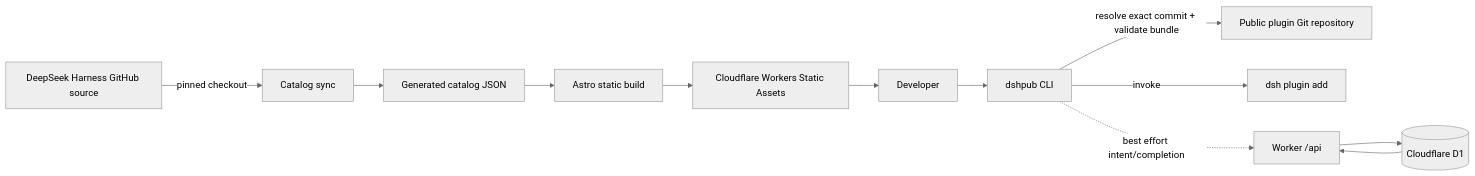
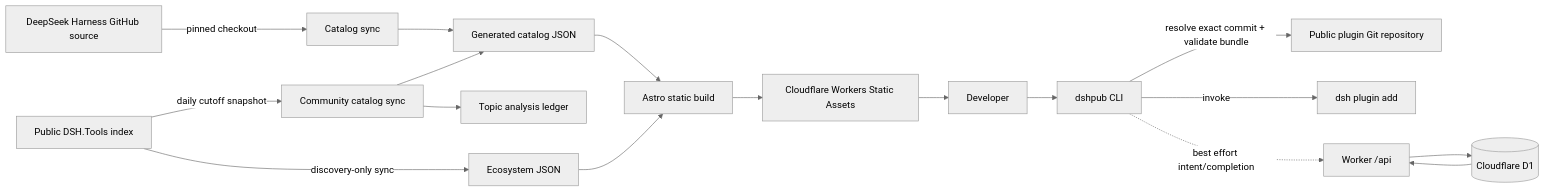
One commit to dsh-pub/dsh-pub changed the first of 2 diagrams in docs/architecture.md. Above: the diagram before and after it, drawn with Mermaid (neutral theme). The commit also changed other lines of this file and 21 other files, not shown here.

Commit message:
feat: add ecosystem discovery experience

````diff
--- a/docs/architecture.md
+++ b/docs/architecture.md
@@ -5,14 +5,19 @@
 ```mermaid
 flowchart LR
     H[DeepSeek Harness GitHub source] -->|pinned checkout| S[Catalog sync]
     S --> J[Generated catalog JSON]
+    T[GitHub dsh-plugin Topic] -->|daily cutoff snapshot| CSync[Community catalog sync]
+    CSync --> J
+    CSync --> TA[Topic analysis ledger]
+    T[Public DSH.Tools index] -->|discovery-only sync| E[Ecosystem JSON]
     J --> A[Astro static build]
+    E --> A
     A --> W[Cloudflare Workers Static Assets]
     U[Developer] --> C[dshpub CLI]
     C -->|resolve exact commit + validate bundle| G[Public plugin Git repository]
     C -->|invoke| D[dsh plugin add]
     C -. best effort intent/completion .-> API[Worker /api]
     API --> DB[(Cloudflare D1)]
     W --> U
     DB --> API
 ```
````
